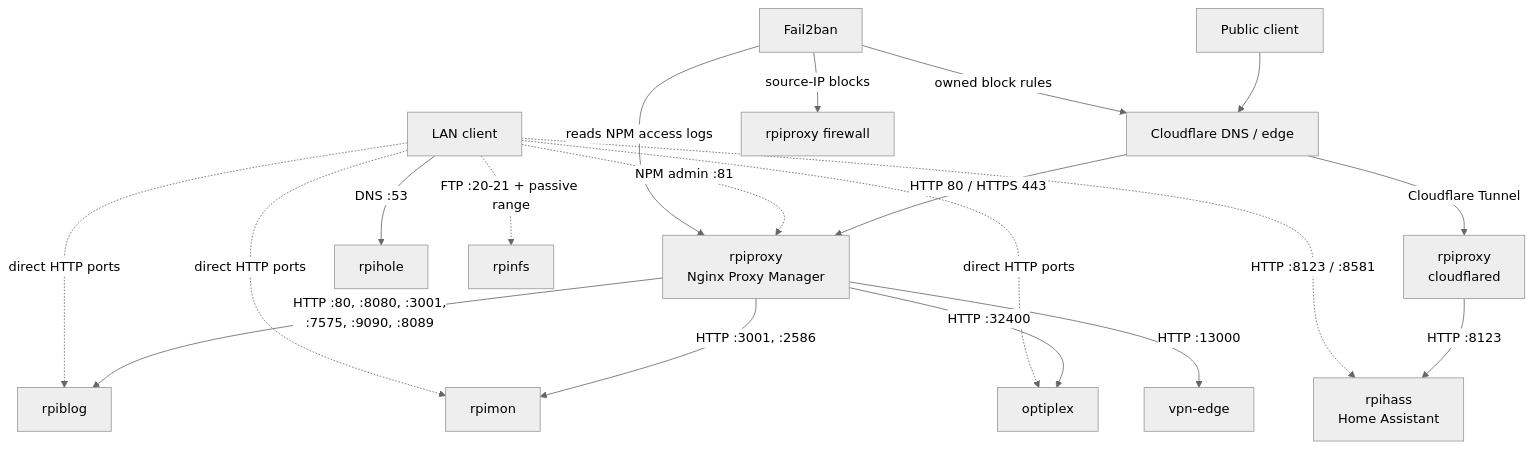
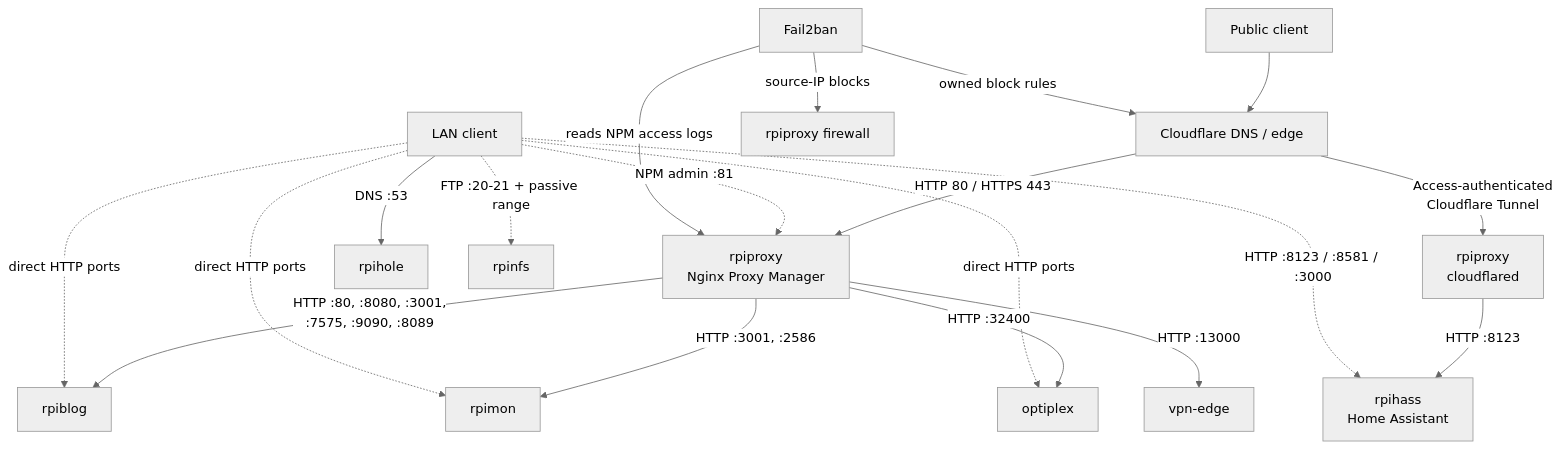
The first of 2 diagrams in docs/architecture.md (viseshrp/homelab), drawn with Mermaid (neutral theme) before and after one commit. The commit also changed other lines of this file and 6 other files, not shown here.

````diff
--- a/docs/architecture.md
+++ b/docs/architecture.md
@@ -7,23 +7,23 @@
 ```mermaid
 flowchart TB
     public["Public client"] --> cloudflare["Cloudflare DNS / edge"]
     cloudflare -->|"HTTP 80 / HTTPS 443"| npm["rpiproxy<br/>Nginx Proxy Manager"]
-    cloudflare -->|"Cloudflare Tunnel"| tunnel["rpiproxy<br/>cloudflared"]
+    cloudflare -->|"Access-authenticated<br/>Cloudflare Tunnel"| tunnel["rpiproxy<br/>cloudflared"]
     tunnel -->|"HTTP :8123"| rpihass["rpihass<br/>Home Assistant"]
     npm -->|"HTTP :80, :8080, :3001,<br/>:7575, :9090, :8089"| rpiblog
     npm -->|"HTTP :3001, :2586"| rpimon
     npm -->|"HTTP :32400"| optiplex
     npm -->|"HTTP :13000"| vpnedge["vpn-edge"]
 
     lan["LAN client"] -->|"DNS :53"| rpihole
     lan -. "direct HTTP ports" .-> rpiblog
     lan -. "direct HTTP ports" .-> rpimon
     lan -. "direct HTTP ports" .-> optiplex
-    lan -. "HTTP :8123 / :8581" .-> rpihass
+    lan -. "HTTP :8123 / :8581 / :3000" .-> rpihass
     lan -. "FTP :20-21 + passive range" .-> rpinfs
     lan -. "NPM admin :81" .-> npm
 
     fail2ban["Fail2ban"] -->|"reads NPM access logs"| npm
     fail2ban -->|"source-IP blocks"| firewall["rpiproxy firewall"]
     fail2ban -->|"owned block rules"| cloudflare
 ```
````
